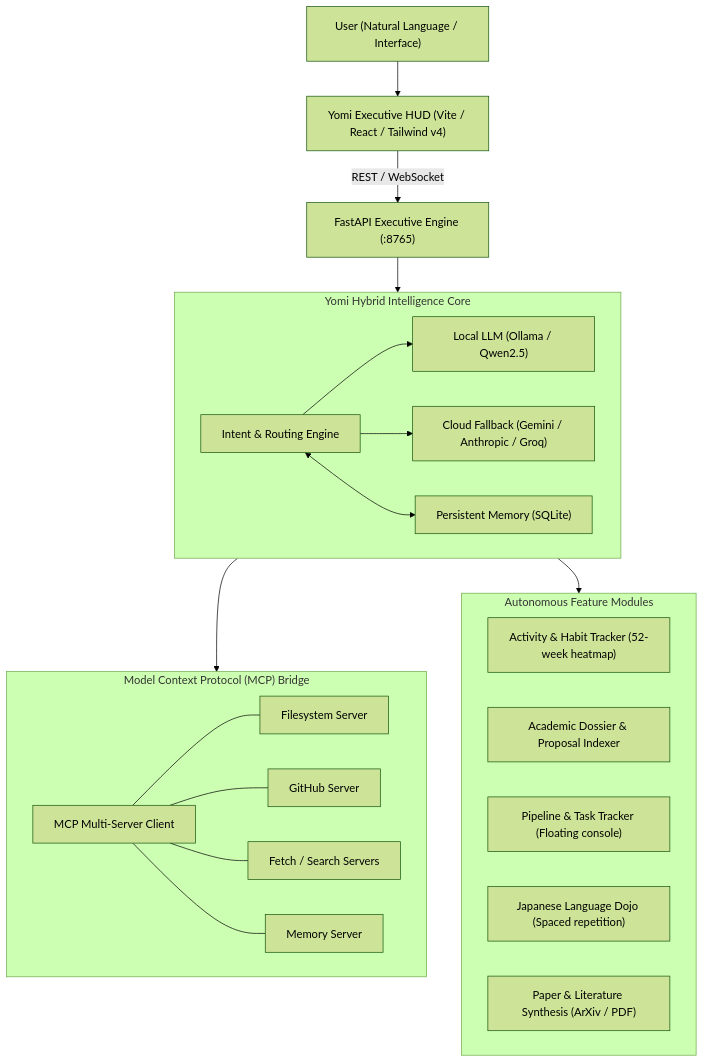
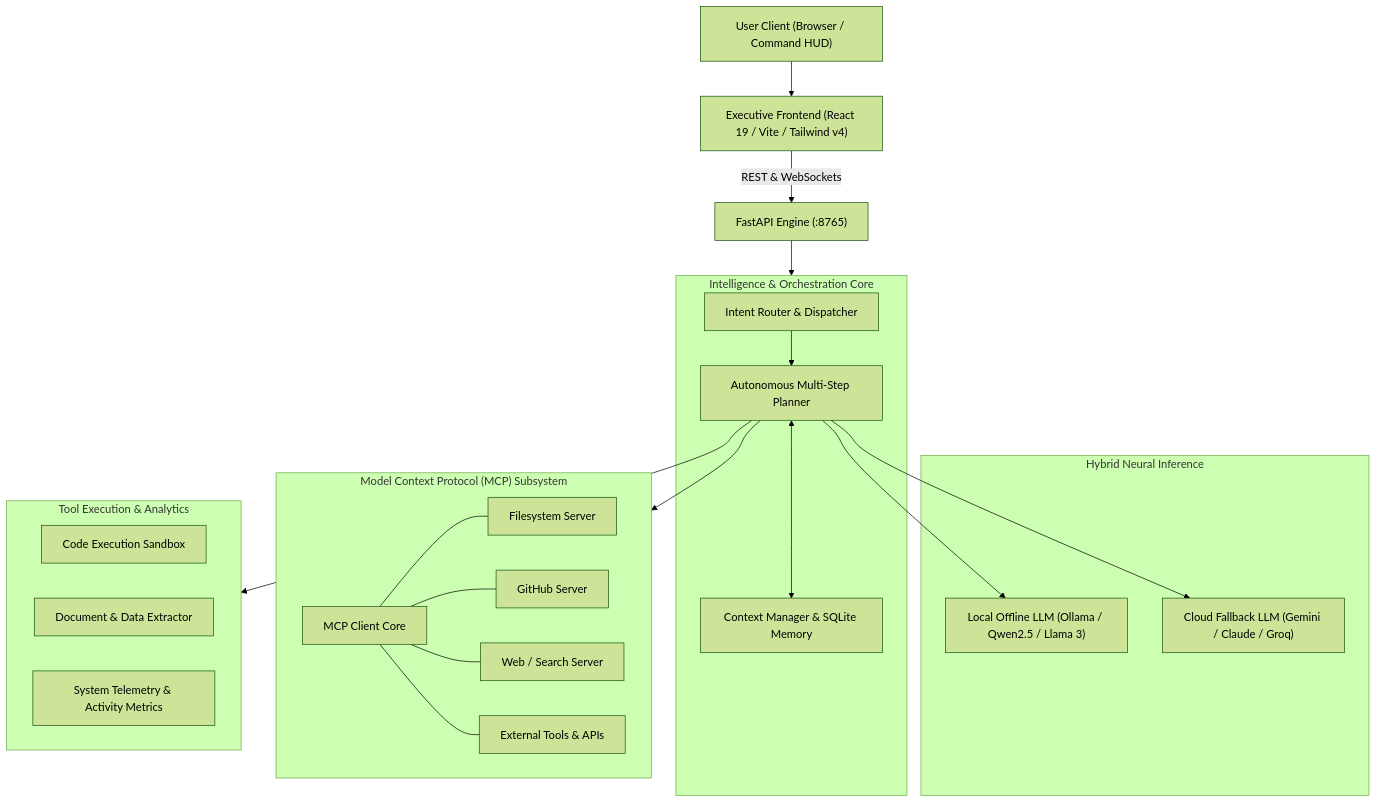
Before and after one commit to Tamore/YomiOS: the diagram in README.md, drawn with Mermaid (forest theme). The commit also changed other lines of this file, not shown here.

Commit message:
docs: generalize README to system architecture, capabilities, and tech stack

````diff
--- a/README.md
+++ b/README.md
@@ -9,38 +23,43 @@
 ```mermaid
 graph TD
-    User["User (Natural Language / Interface)"] --> HUD["Yomi Executive HUD (Vite / React / Tailwind v4)"]
-    HUD -->|REST / WebSocket| API["FastAPI Executive Engine (:8765)"]
+    User["User Client (Browser / Command HUD)"] --> HUD["Executive Frontend (React 19 / Vite / Tailwind v4)"]
+    HUD -->|REST & WebSockets| API["FastAPI Engine (:8765)"]
     
-    subgraph Brain ["Yomi Hybrid Intelligence Core"]
-        FastRouter["Intent & Routing Engine"]
-        LocalLLM["Local LLM (Ollama / Qwen2.5)"]
-        CloudLLM["Cloud Fallback (Gemini / Anthropic / Groq)"]
-        Memory["Persistent Memory (SQLite)"]
-        FastRouter --> LocalLLM
-        FastRouter --> CloudLLM
-        FastRouter <--> Memory
+    subgraph Core ["Intelligence & Orchestration Core"]
+        Router["Intent Router & Dispatcher"]
+        Planner["Autonomous Multi-Step Planner"]
+        Context["Context Manager & SQLite Memory"]
+        
+        Router --> Planner
+        Planner <--> Context
     end
-    API --> Brain
+    API --> Core
 
-    subgraph MCPBridge ["Model Context Protocol (MCP) Bridge"]
-        MCPConnector["MCP Multi-Server Client"]
-        FS["Filesystem Server"]
-        GH["GitHub Server"]
-        Fetch["Fetch / Search Servers"]
-        MemoryServer["Memory Server"]
-        MCPConnector --- FS
-        MCPConnector --- GH
-        MCPConnector --- Fetch
-        MCPConnector --- MemoryServer
+    subgraph LLMEngine ["Hybrid Neural Inference"]
+        LocalLLM["Local Offline LLM (Ollama / Qwen2.5 / Llama 3)"]
+        CloudLLM["Cloud Fallback LLM (Gemini / Claude / Groq)"]
+        Planner --> LocalLLM
+        Planner --> CloudLLM
     end
-    Brain --> MCPBridge
 
-    subgraph Workflows ["Autonomous Feature Modules"]
-        M1["Activity & Habit Tracker (52-week heatmap)"]
-        M2["Academic Dossier & Proposal Indexer"]
-        M3["Pipeline & Task Tracker (Floating console)"]
-        M4["Japanese Language Dojo (Spaced repetition)"]
-        M5["Paper & Literature Synthesis (ArXiv / PDF)"]
+    subgraph MCP ["Model Context Protocol (MCP) Subsystem"]
+        MCPClient["MCP Client Core"]
+        FSServer["Filesystem Server"]
+        GHServer["GitHub Server"]
+        SearchServer["Web / Search Server"]
+        CustomMCP["External Tools & APIs"]
+        
+        MCPClient --- FSServer
+        MCPClient --- GHServer
+        MCPClient --- SearchServer
+        MCPClient --- CustomMCP
     end
-    Brain --> Workflows
+    Planner --> MCP
+
+    subgraph Sandbox ["Tool Execution & Analytics"]
+        CodeExec["Code Execution Sandbox"]
+        DocReader["Document & Data Extractor"]
+        Telemetry["System Telemetry & Activity Metrics"]
+    end
+    Planner --> Sandbox
 ```
````
